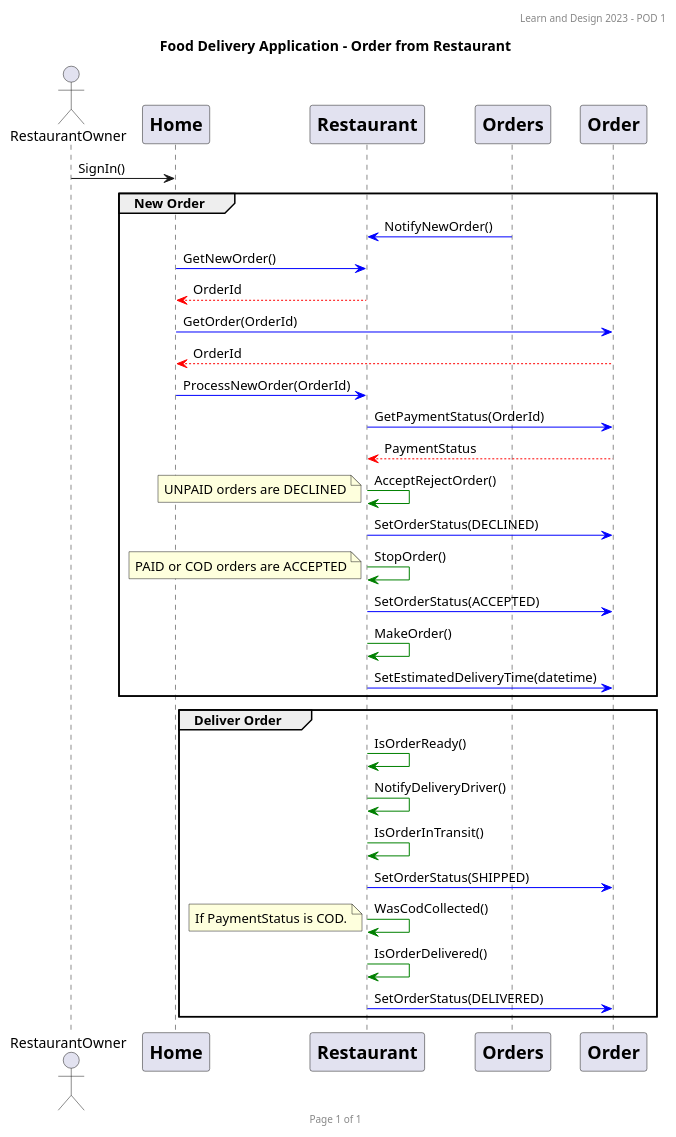
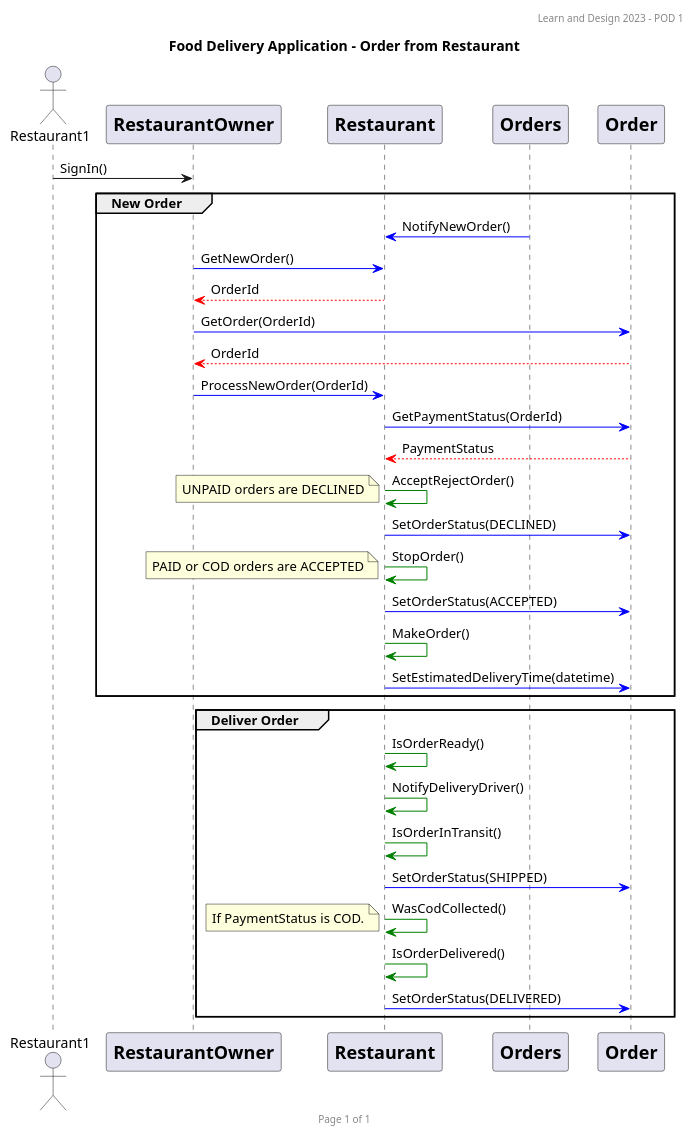
Before and after one commit to WestonDockstader/FoodDeliveryApp: the diagram in SequenceDiagram/restaurantOwner-sequence.puml, drawn with PlantUML. The commit also changed 16 other files, not shown here.

```diff
--- a/SequenceDiagram/restaurantOwner-sequence.puml
+++ b/SequenceDiagram/restaurantOwner-sequence.puml
@@ -1,61 +1,61 @@
 @startuml
 header Learn and Design 2023 - POD 1
 footer Page %page% of %lastpage%
 
 title: Food Delivery Application - Order from Restaurant
 
-actor RestaurantOwner
+actor Restaurant1
 
-participant Home [
-    = Home
+participant RestaurantOwner [
+    = RestaurantOwner
 ]
 
 participant Restaurant [
     = Restaurant
 ]
 
 participant Orders [
     = Orders
 ]
 
 participant Order [
     = Order
 ]
 
-RestaurantOwner -> Home : SignIn()
+Restaurant1 -> RestaurantOwner : SignIn()
     group New Order
 Orders -[#blue]> Restaurant : NotifyNewOrder()
-Home -[#blue]> Restaurant : GetNewOrder()
-Restaurant -[#red]-> Home : OrderId
-Home -[#blue]> Order : GetOrder(OrderId)
-Order -[#red]-> Home : OrderId
-Home -[#blue]> Restaurant : ProcessNewOrder(OrderId)
+RestaurantOwner -[#blue]> Restaurant : GetNewOrder()
+Restaurant -[#red]-> RestaurantOwner : OrderId
+RestaurantOwner -[#blue]> Order : GetOrder(OrderId)
+Order -[#red]-> RestaurantOwner : OrderId
+RestaurantOwner -[#blue]> Restaurant : ProcessNewOrder(OrderId)
 Restaurant -[#blue]> Order : GetPaymentStatus(OrderId)
 Order -[#red]-> Restaurant : PaymentStatus
 Restaurant -[#green]> Restaurant : AcceptRejectOrder()
     note left
         UNPAID orders are DECLINED
     end note
 Restaurant -[#blue]> Order : SetOrderStatus(DECLINED)
 Restaurant -[#green]> Restaurant : StopOrder()
     note left
         PAID or COD orders are ACCEPTED
     end note
 Restaurant -[#blue]> Order : SetOrderStatus(ACCEPTED)
 
 Restaurant -[#green]> Restaurant : MakeOrder()
 Restaurant -[#blue]> Order : SetEstimatedDeliveryTime(datetime)
     end
     group Deliver Order
 Restaurant -[#green]> Restaurant : IsOrderReady()
 Restaurant -[#green]> Restaurant : NotifyDeliveryDriver()
 Restaurant -[#green]> Restaurant : IsOrderInTransit()
 Restaurant -[#blue]> Order : SetOrderStatus(SHIPPED)
 Restaurant -[#green]> Restaurant : WasCodCollected()
     note left
         If PaymentStatus is COD.
     end note
 Restaurant -[#green]> Restaurant : IsOrderDelivered()
 Restaurant -[#blue]> Order : SetOrderStatus(DELIVERED)
     end
 @enduml
```
